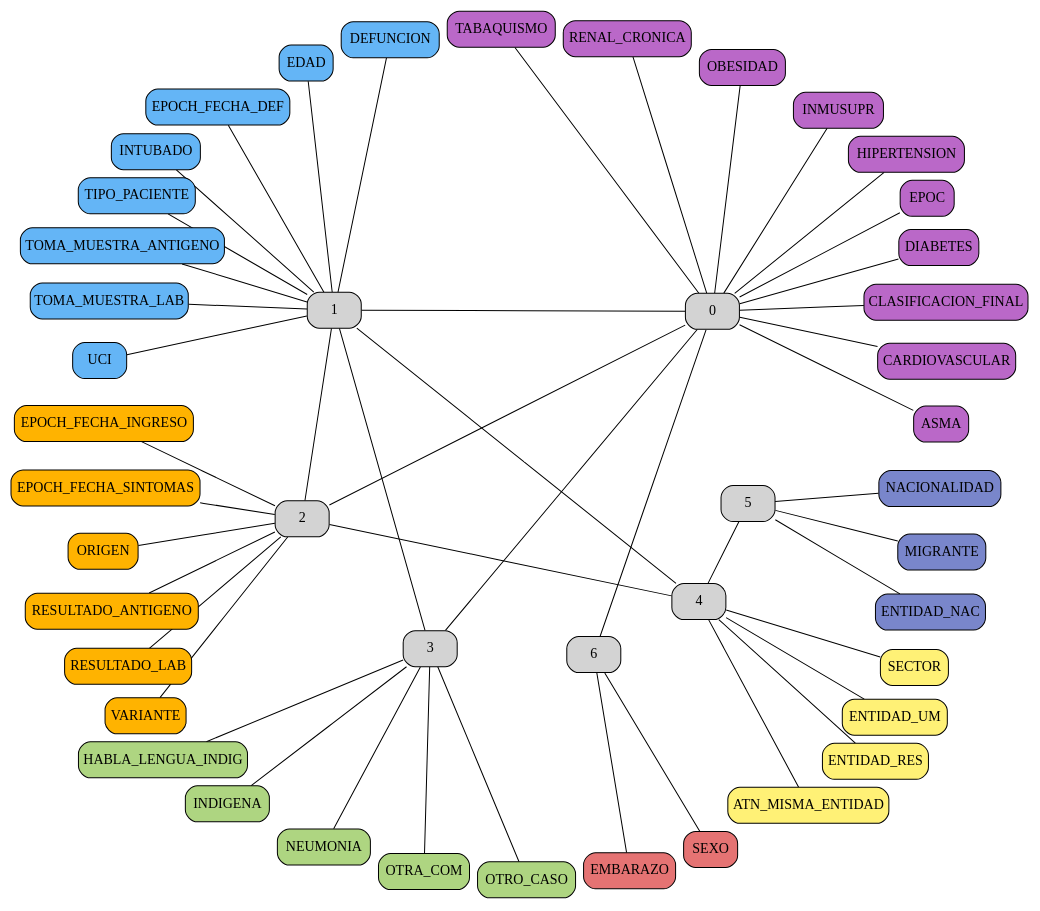
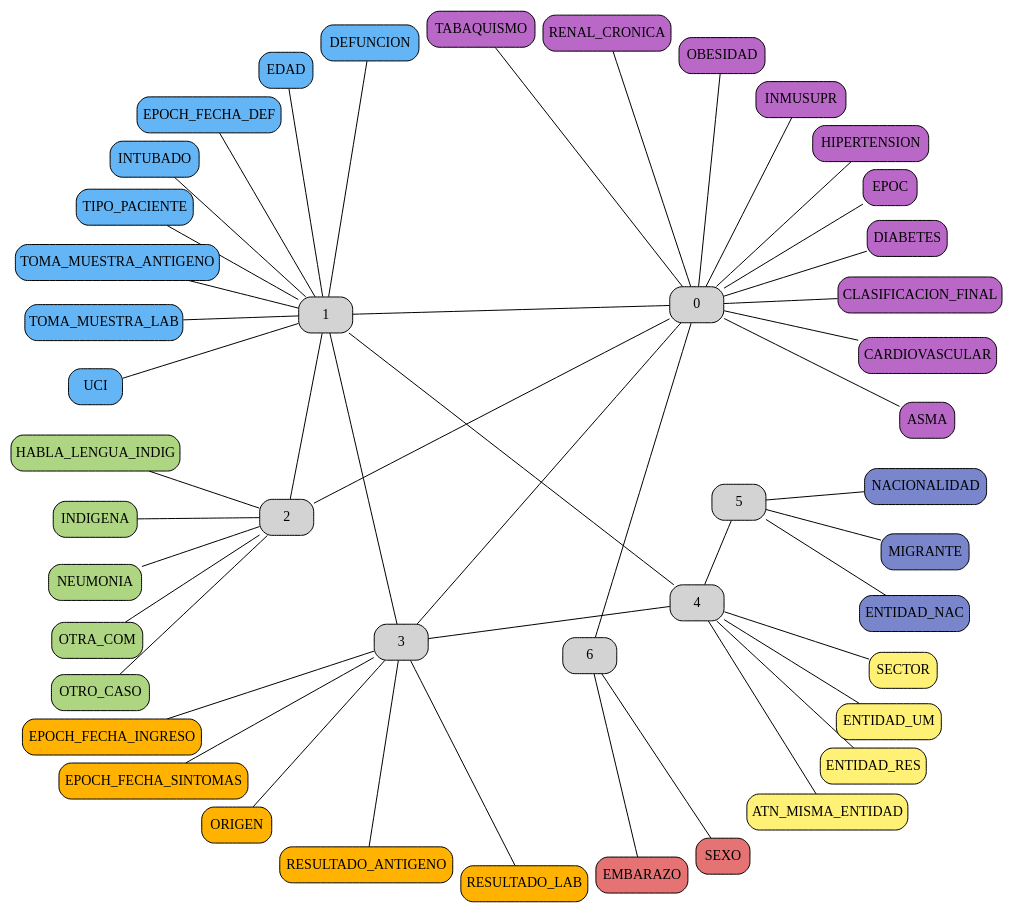
One commit to sinisterra/mscgp changed the diagram in semantic.dot. Above: the diagram before and after it, drawn with Graphviz. The commit also changed 29 other files, not shown here.

```diff
--- a/semantic.dot
+++ b/semantic.dot
@@ -1,107 +1,105 @@
 strict graph  {
 node [style="rounded,filled" shape="rect" fontname="IBM Plex Sans"]
 edge [fontname="IBM Plex Sans"]
 layout="twopi"
 overlap=f
 outputorder=edgesfirst
 0;
 1;
 2;
 3;
 6;
 4;
 5;
 _ [color=transparent, fontcolor=transparent];
 ASMA [clique=4, fillcolor="#ba68c8"];
 ATN_MISMA_ENTIDAD [clique=2, fillcolor="#fff176"];
 CARDIOVASCULAR [clique=4, fillcolor="#ba68c8"];
 CLASIFICACION_FINAL [clique=4, fillcolor="#ba68c8"];
 DEFUNCION [clique=5, fillcolor="#64b5f6"];
 DIABETES [clique=4, fillcolor="#ba68c8"];
 EDAD [clique=5, fillcolor="#64b5f6"];
 EMBARAZO [clique=0, fillcolor="#e57373"];
 ENTIDAD_NAC [clique=1, fillcolor="#7986cb"];
 ENTIDAD_RES [clique=2, fillcolor="#fff176"];
 ENTIDAD_UM [clique=2, fillcolor="#fff176"];
 EPOC [clique=4, fillcolor="#ba68c8"];
 EPOCH_FECHA_DEF [clique=5, fillcolor="#64b5f6"];
 EPOCH_FECHA_INGRESO [clique=6, fillcolor="#ffb300"];
 EPOCH_FECHA_SINTOMAS [clique=6, fillcolor="#ffb300"];
 HABLA_LENGUA_INDIG [clique=3, fillcolor="#aed581"];
 HIPERTENSION [clique=4, fillcolor="#ba68c8"];
 INDIGENA [clique=3, fillcolor="#aed581"];
 INMUSUPR [clique=4, fillcolor="#ba68c8"];
 INTUBADO [clique=5, fillcolor="#64b5f6"];
 MIGRANTE [clique=1, fillcolor="#7986cb"];
 NACIONALIDAD [clique=1, fillcolor="#7986cb"];
 NEUMONIA [clique=3, fillcolor="#aed581"];
 OBESIDAD [clique=4, fillcolor="#ba68c8"];
 ORIGEN [clique=6, fillcolor="#ffb300"];
 OTRA_COM [clique=3, fillcolor="#aed581"];
 OTRO_CASO [clique=3, fillcolor="#aed581"];
 RENAL_CRONICA [clique=4, fillcolor="#ba68c8"];
 RESULTADO_ANTIGENO [clique=6, fillcolor="#ffb300"];
 RESULTADO_LAB [clique=6, fillcolor="#ffb300"];
 SECTOR [clique=2, fillcolor="#fff176"];
 SEXO [clique=0, fillcolor="#e57373"];
 TABAQUISMO [clique=4, fillcolor="#ba68c8"];
 TIPO_PACIENTE [clique=5, fillcolor="#64b5f6"];
 TOMA_MUESTRA_ANTIGENO [clique=5, fillcolor="#64b5f6"];
 TOMA_MUESTRA_LAB [clique=5, fillcolor="#64b5f6"];
 UCI [clique=5, fillcolor="#64b5f6"];
-VARIANTE [clique=6, fillcolor="#ffb300"];
 0 -- 1  [weight=2];
 0 -- 2  [weight=2];
 0 -- 3  [weight=2];
 0 -- 6  [weight=2];
 0 -- _  [color=transparent];
 0 -- ASMA;
 0 -- INMUSUPR;
 0 -- TABAQUISMO;
 0 -- OBESIDAD;
 0 -- RENAL_CRONICA;
 0 -- EPOC;
 0 -- CARDIOVASCULAR;
 0 -- DIABETES;
 0 -- HIPERTENSION;
 0 -- CLASIFICACION_FINAL;
-1 -- 2  [weight=6];
-1 -- 3  [weight=2];
+1 -- 2  [weight=2];
+1 -- 3  [weight=6];
 1 -- 4  [weight=3];
 1 -- _  [color=transparent];
 1 -- EDAD;
-1 -- INTUBADO;
-1 -- UCI;
 1 -- EPOCH_FECHA_DEF;
 1 -- DEFUNCION;
+1 -- INTUBADO;
 1 -- TOMA_MUESTRA_ANTIGENO;
 1 -- TOMA_MUESTRA_LAB;
+1 -- UCI;
 1 -- TIPO_PACIENTE;
-2 -- 4  [weight=2];
 2 -- _  [color=transparent];
-2 -- VARIANTE;
-2 -- ORIGEN;
-2 -- RESULTADO_ANTIGENO;
-2 -- EPOCH_FECHA_INGRESO;
-2 -- EPOCH_FECHA_SINTOMAS;
-2 -- RESULTADO_LAB;
+2 -- HABLA_LENGUA_INDIG;
+2 -- INDIGENA;
+2 -- OTRA_COM;
+2 -- OTRO_CASO;
+2 -- NEUMONIA;
+3 -- 4  [weight=2];
 3 -- _  [color=transparent];
-3 -- HABLA_LENGUA_INDIG;
-3 -- INDIGENA;
-3 -- OTRA_COM;
-3 -- OTRO_CASO;
-3 -- NEUMONIA;
+3 -- ORIGEN;
+3 -- RESULTADO_ANTIGENO;
+3 -- EPOCH_FECHA_INGRESO;
+3 -- EPOCH_FECHA_SINTOMAS;
+3 -- RESULTADO_LAB;
 6 -- _  [color=transparent];
 6 -- EMBARAZO;
 6 -- SEXO;
 4 -- 5  [weight=2];
 4 -- _  [color=transparent];
 4 -- ATN_MISMA_ENTIDAD;
 4 -- ENTIDAD_RES;
 4 -- ENTIDAD_UM;
 4 -- SECTOR;
 5 -- _  [color=transparent];
 5 -- MIGRANTE;
 5 -- NACIONALIDAD;
 5 -- ENTIDAD_NAC;
 }
```
